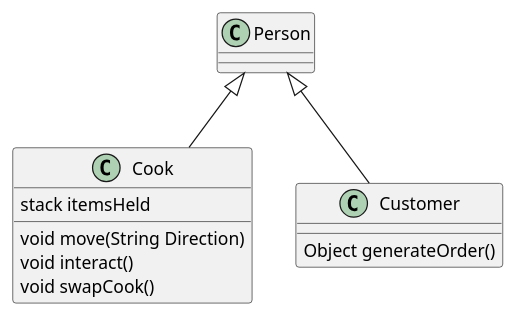
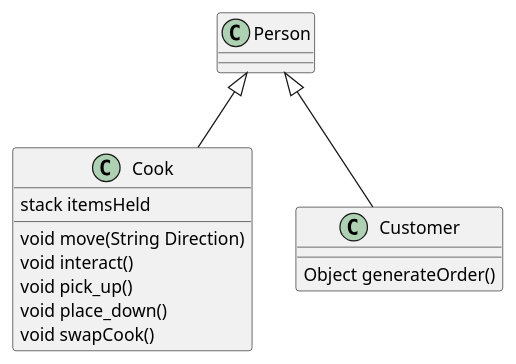
The diagram in Architecture Diagrams/Class Diagrams/chefs.wsd (Runtime-Terrors-Team-5/UML-Diagrams), drawn with PlantUML before and after one commit. The commit also changed 1 other file, not shown here.

```diff
--- a/Architecture Diagrams/Class Diagrams/chefs.wsd
+++ b/Architecture Diagrams/Class Diagrams/chefs.wsd
@@ -1,16 +1,18 @@
 @startuml 
 class Person{
 
 }
 class Cook{
     stack itemsHeld
     void move(String Direction)
     void interact()
+    void pick_up()
+    void place_down()
     void swapCook()
 }
 class Customer{
     Object generateOrder()
 }
 Person <|-- Cook
 Person <|-- Customer
 @enduml
```
